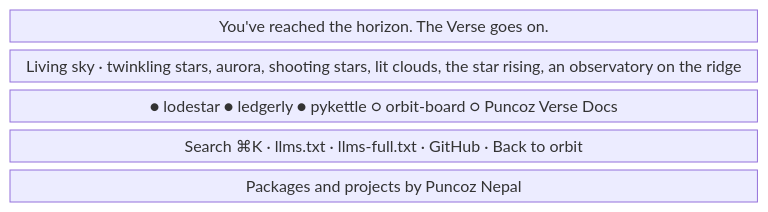
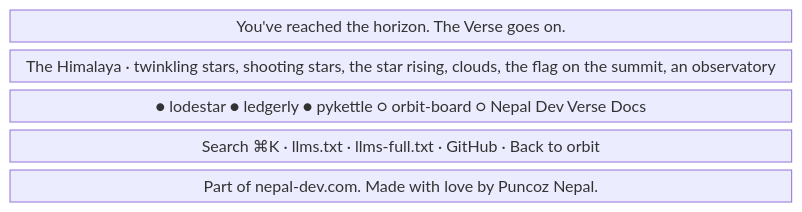
The sixth of 7 diagrams in content/docs/maintain/app-flow/solar-system.mdx (nepal-dev-com/docs.nepal-dev.com), drawn with Mermaid before and after one commit. The commit also changed other lines of this file and 145 other files, not shown here.

Commit message:
nepal dev docs

````diff
--- a/content/docs/maintain/app-flow/solar-system.mdx
+++ b/content/docs/maintain/app-flow/solar-system.mdx
@@ -189,9 +189,9 @@
 ```mermaid
 block-beta
   columns 4
   close["You've reached the horizon. The Verse goes on."]:4
-  scene["Living sky · twinkling stars, aurora, shooting stars, lit clouds, the star rising, an observatory on the ridge"]:4
-  planets["● lodestar  ● ledgerly  ● pykettle  ○ orbit-board  ○ Puncoz Verse Docs"]:4
+  scene["The Himalaya · twinkling stars, shooting stars, the star rising, clouds, the flag on the summit, an observatory"]:4
+  planets["● lodestar  ● ledgerly  ● pykettle  ○ orbit-board  ○ Nepal Dev Verse Docs"]:4
   links["Search ⌘K · llms.txt · llms-full.txt · GitHub · Back to orbit"]:4
-  credit["Packages and projects by Puncoz Nepal"]:4
+  credit["Part of nepal-dev.com. Made with love by Puncoz Nepal."]:4
 ```
````
